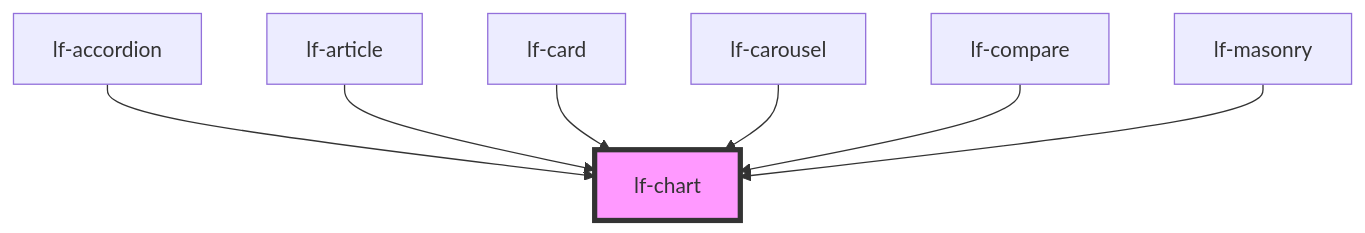
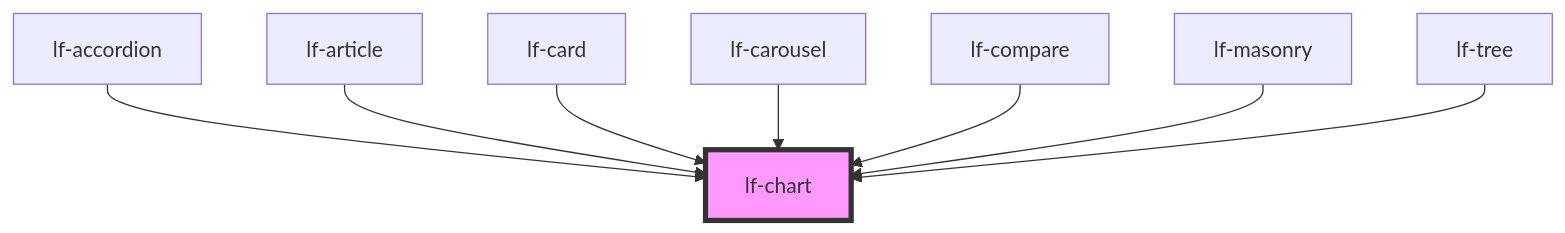
The diagram in packages/core/src/components/lf-chart/readme.md (lucafoscili/lf-widgets), drawn with Mermaid before and after one commit. The commit also changed other lines of this file and 17 other files, not shown here.

````diff
--- a/packages/core/src/components/lf-chart/readme.md
+++ b/packages/core/src/components/lf-chart/readme.md
@@ -121,10 +122,11 @@
 ```mermaid
 graph TD;
   lf-accordion --> lf-chart
   lf-article --> lf-chart
   lf-card --> lf-chart
   lf-carousel --> lf-chart
   lf-compare --> lf-chart
   lf-masonry --> lf-chart
+  lf-tree --> lf-chart
   style lf-chart fill:#f9f,stroke:#333,stroke-width:4px
 ```
````
